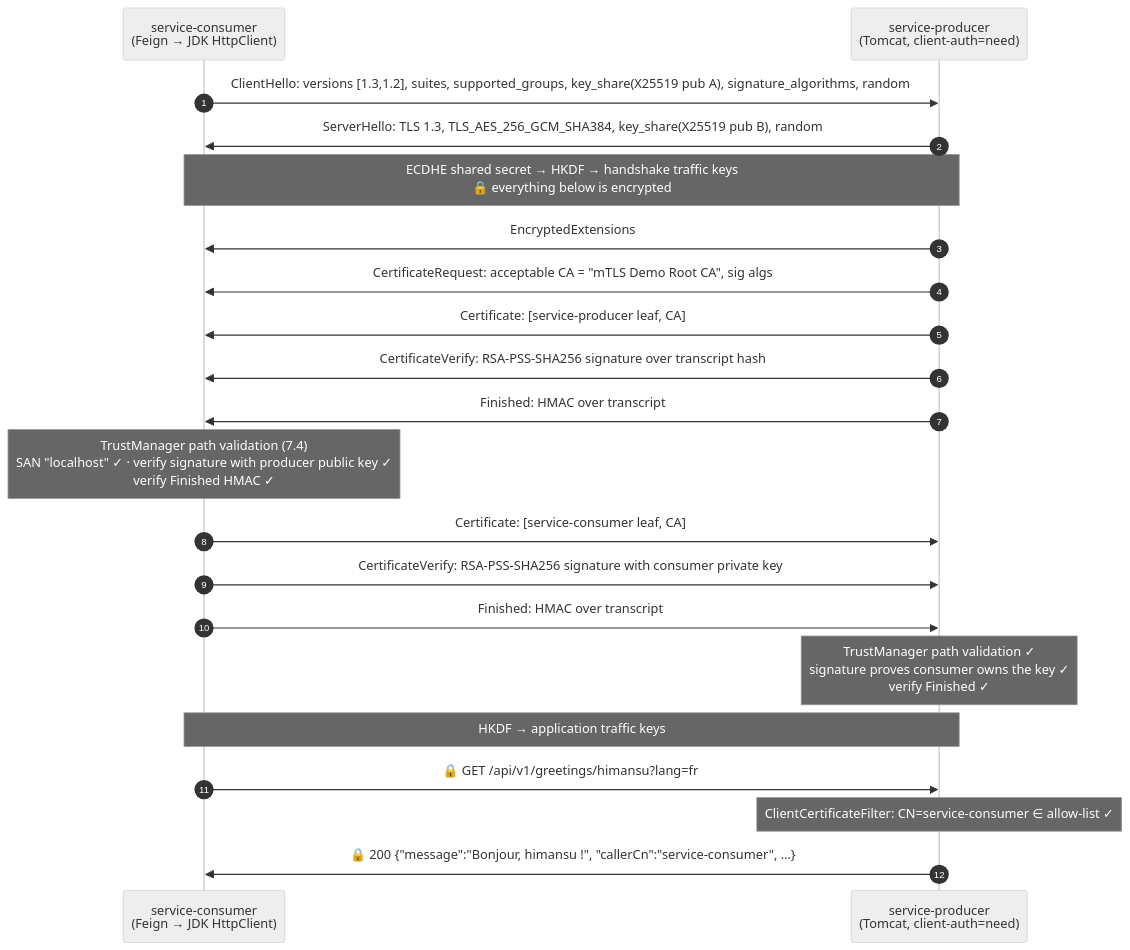
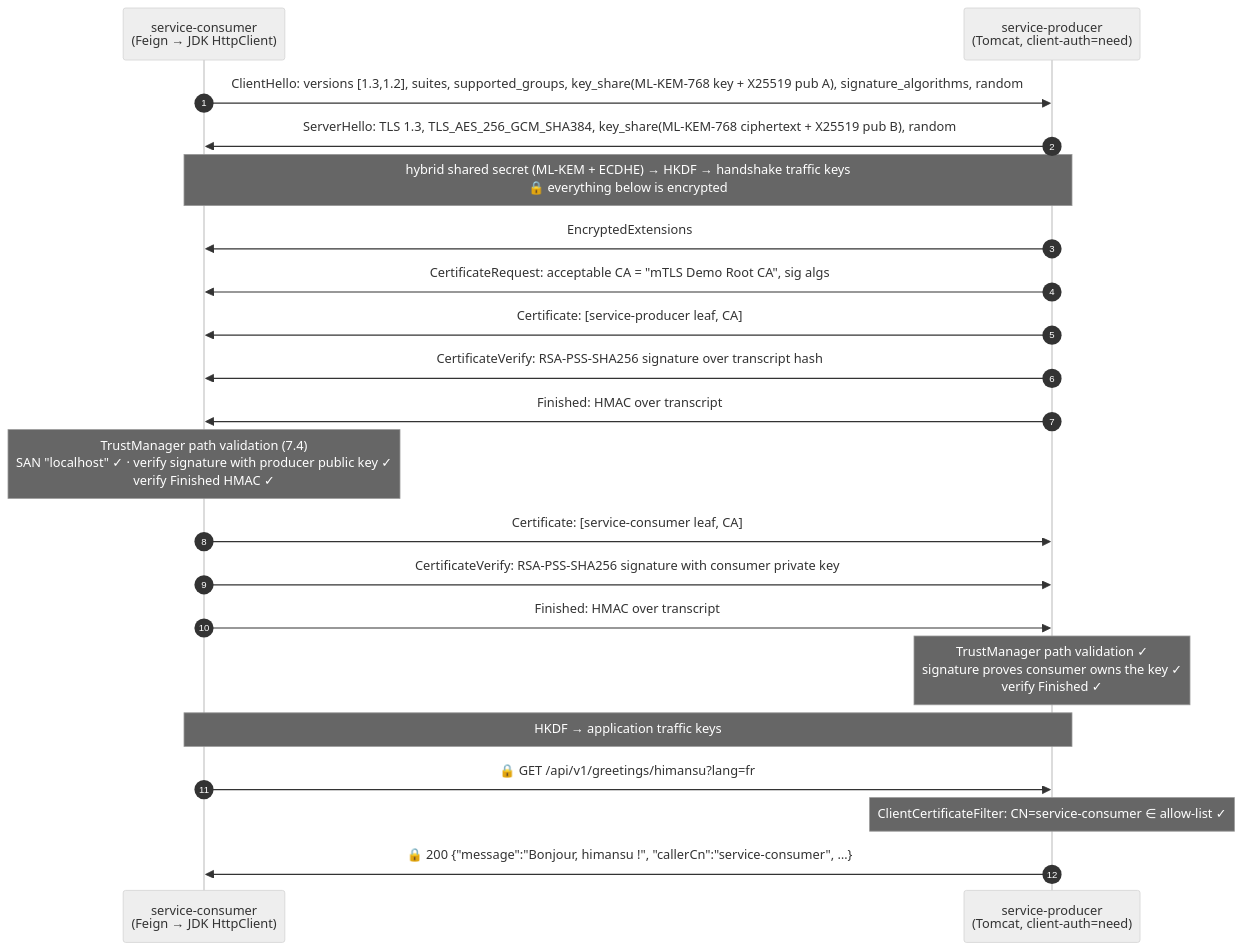
Before and after one commit to himnay/learning-mtls: diagram 19 of 26 in README.md, drawn with Mermaid (neutral theme). The commit also changed other lines of this file and 2 other files, not shown here.

First line of the commit message:
docs: Java 27 baseline, JDK 27 handshake results, jdk-27-ga links

````diff
--- a/README.md
+++ b/README.md
@@ -1136,24 +1137,24 @@
 ```mermaid
 sequenceDiagram
     autonumber
     participant C as service-consumer<br/>(Feign → JDK HttpClient)
     participant P as service-producer<br/>(Tomcat, client-auth=need)
 
-    C->>P: ClientHello: versions [1.3,1.2], suites, supported_groups, key_share(X25519 pub A), signature_algorithms, random
-    P->>C: ServerHello: TLS 1.3, TLS_AES_256_GCM_SHA384, key_share(X25519 pub B), random
-    Note over C,P: ECDHE shared secret → HKDF → handshake traffic keys<br/>🔒 everything below is encrypted
+    C->>P: ClientHello: versions [1.3,1.2], suites, supported_groups, key_share(ML-KEM-768 key + X25519 pub A), signature_algorithms, random
+    P->>C: ServerHello: TLS 1.3, TLS_AES_256_GCM_SHA384, key_share(ML-KEM-768 ciphertext + X25519 pub B), random
+    Note over C,P: hybrid shared secret (ML-KEM + ECDHE) → HKDF → handshake traffic keys<br/>🔒 everything below is encrypted
     P->>C: EncryptedExtensions
     P->>C: CertificateRequest: acceptable CA = "mTLS Demo Root CA", sig algs
     P->>C: Certificate: [service-producer leaf, CA]
     P->>C: CertificateVerify: RSA-PSS-SHA256 signature over transcript hash
     P->>C: Finished: HMAC over transcript
     Note over C: TrustManager path validation (7.4)<br/>SAN "localhost" ✓ · verify signature with producer public key ✓<br/>verify Finished HMAC ✓
     C->>P: Certificate: [service-consumer leaf, CA]
     C->>P: CertificateVerify: RSA-PSS-SHA256 signature with consumer private key
     C->>P: Finished: HMAC over transcript
     Note over P: TrustManager path validation ✓<br/>signature proves consumer owns the key ✓<br/>verify Finished ✓
     Note over C,P: HKDF → application traffic keys
     C->>P: 🔒 GET /api/v1/greetings/himansu?lang=fr
     Note over P: ClientCertificateFilter: CN=service-consumer ∈ allow-list ✓
     P->>C: 🔒 200 {"message":"Bonjour, himansu !", "callerCn":"service-consumer", …}
 ```
````
